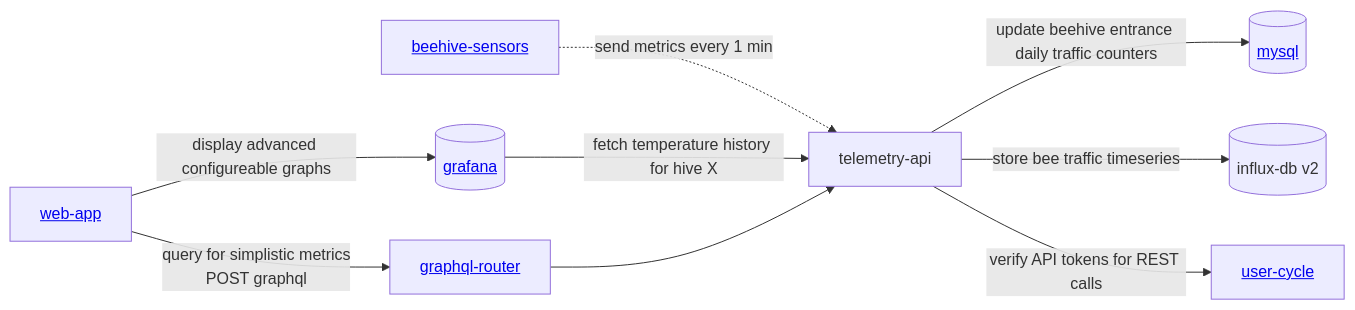
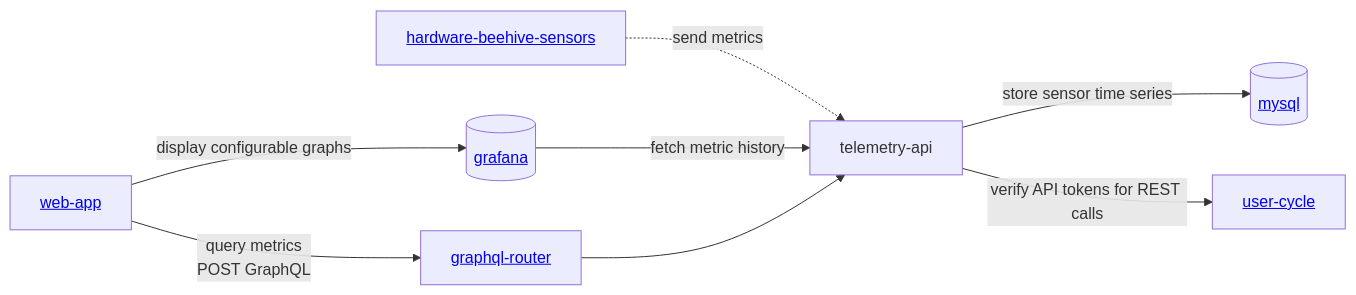
One commit to Gratheon/website2 changed the third of 3 diagrams in content/docs/beehive-sensors/beehive-sensors.md. Above: the diagram before and after it, drawn with Mermaid. The commit also changed other lines of this file and 2 other files, not shown here.

Commit message:
Improve beehive sensor product docs

````diff
--- a/content/docs/beehive-sensors/beehive-sensors.md
+++ b/content/docs/beehive-sensors/beehive-sensors.md
@@ -16,15 +194,12 @@
 ```mermaid
 flowchart LR
-	beehive-sensors[<a href="https://github.com/Gratheon/beehive-sensors">beehive-sensors</a>] -."send metrics every 1 min".-> telemetry-api
+    beehive-sensors[<a href="https://github.com/Gratheon/hardware-beehive-sensors">hardware-beehive-sensors</a>] -."send metrics".-> telemetry-api
 
-	telemetry-api --"update beehive entrance daily traffic counters"--> mysql[(<a href="https://github.com/Gratheon/mysql">mysql</a>)]
-	
-	telemetry-api --"store bee traffic timeseries" --> influx[(influx-db v2)]
-	
-	grafana[(<a href="https://github.com/Gratheon/grafana">grafana</a>)] --"fetch temperature history for hive X"--> telemetry-api
+    telemetry-api --"store sensor time series" --> mysql[(<a href="https://github.com/Gratheon/mysql">mysql</a>)]
 
-	telemetry-api --"verify API tokens for REST calls"--> user-cycle[<a href="https://github.com/Gratheon/user-cycle">user-cycle</a>]
-	web-app[<a href="https://github.com/Gratheon/web-app">web-app</a>] --"display advanced configureable graphs"--> grafana
-	web-app --"query for simplistic metrics\nPOST graphql"-->graphql-router[<a href="https://github.com/Gratheon/graphql-router">graphql-router</a>]--> telemetry-api
+    grafana[(<a href="https://github.com/Gratheon/grafana">grafana</a>)] --"fetch metric history"--> telemetry-api
 
+    telemetry-api --"verify API tokens for REST calls"--> user-cycle[<a href="https://github.com/Gratheon/user-cycle">user-cycle</a>]
+    web-app[<a href="https://github.com/Gratheon/web-app">web-app</a>] --"display configurable graphs"--> grafana
+    web-app --"query metrics\nPOST GraphQL"--> graphql-router[<a href="https://github.com/Gratheon/graphql-router">graphql-router</a>]--> telemetry-api
 ```
````
